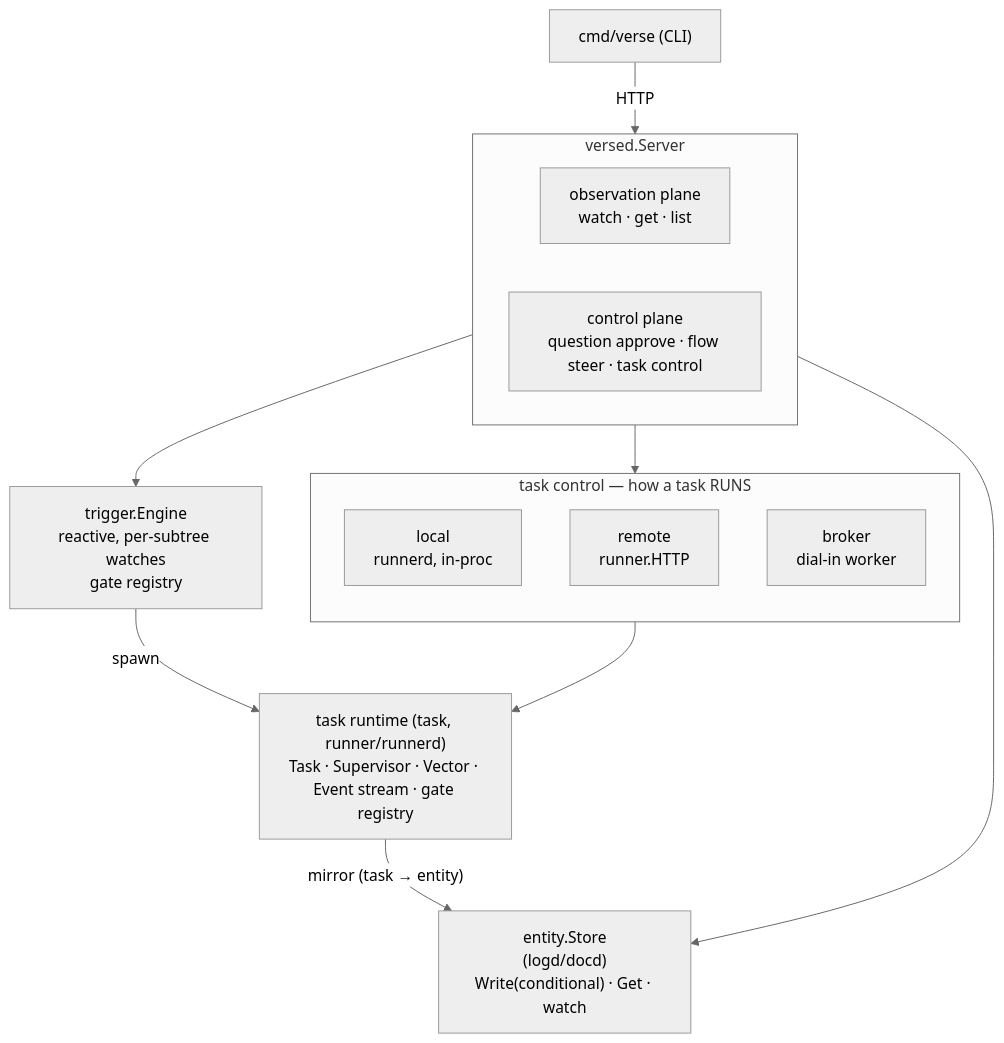
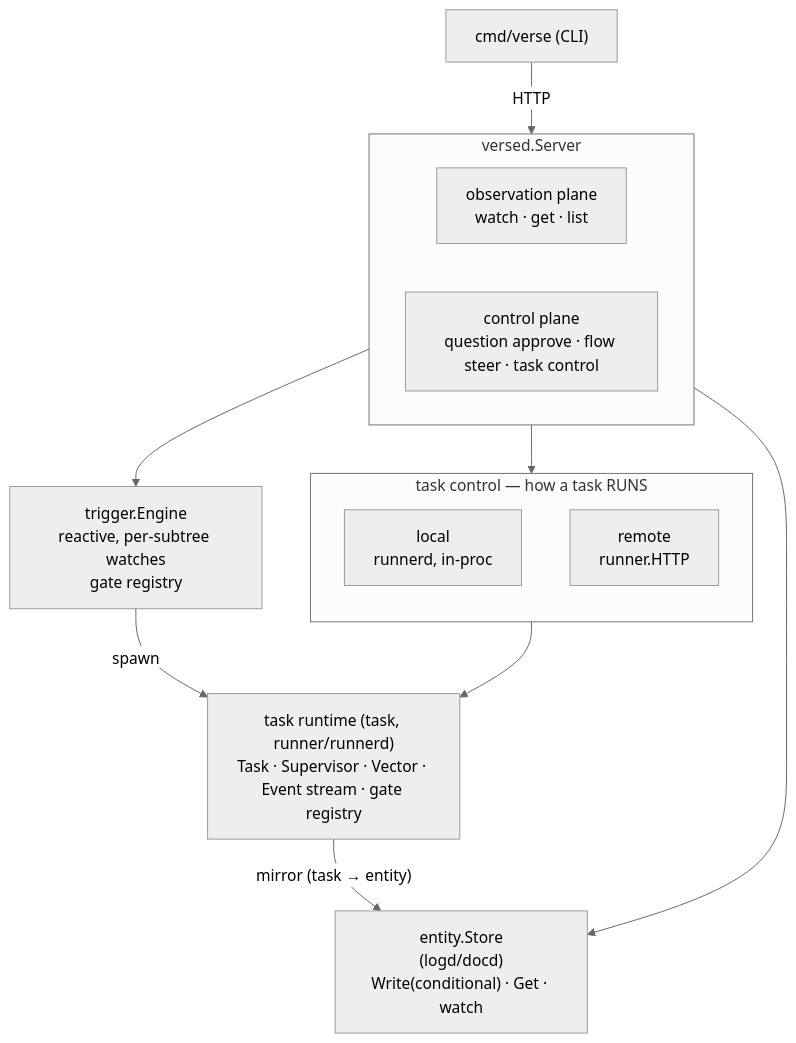
Before and after one commit to signadot/viff: the diagram in docs/platform/architecture.md, drawn with Mermaid (neutral theme). The commit also changed other lines of this file and 88 other files, not shown here.

First line of the commit message:
broker!: the dial-in broker, its face, the worker verbs and the records that carried it are gone (#12)

````diff
--- a/docs/platform/architecture.md
+++ b/docs/platform/architecture.md
@@ -10,30 +10,29 @@
 ```mermaid
 flowchart TB
   cli["cmd/verse (CLI)"]
 
   subgraph versed["versed.Server"]
     direction LR
     obs["observation plane<br/>watch · get · list"]
     ctl["control plane<br/>question approve · flow steer · task control"]
   end
 
   store["entity.Store<br/>(logd/docd)<br/>Write(conditional) · Get · watch"]
   trig["trigger.Engine<br/>reactive, per-subtree watches<br/>gate registry"]
 
   subgraph run["task control — how a task RUNS"]
     direction TB
     local["local<br/>runnerd, in-proc"]
     remote["remote<br/>runner.HTTP"]
-    broker["broker<br/>dial-in worker"]
   end
 
   rt["task runtime (task, runner/runnerd)<br/>Task · Supervisor · Vector · Event stream · gate registry"]
 
   cli -->|"HTTP"| versed
   obs --> store
   ctl --> trig
   ctl --> run
   trig -->|"spawn"| rt
   run --> rt
   rt -->|"mirror (task → entity)"| store
 ```
````
